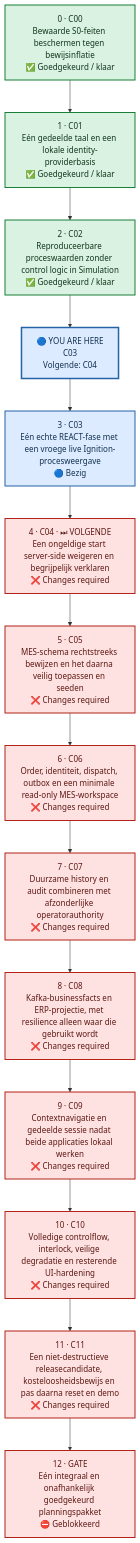
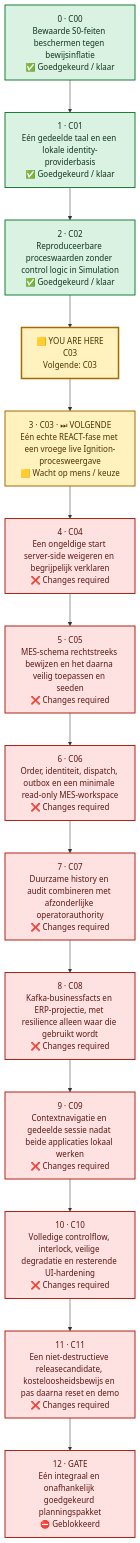
One commit to Jandesch91/n1-bioforge-requirements-cockpit changed the second of 2 diagrams in README.md. Above: the diagram before and after it, drawn with Mermaid. The commit also changed other lines of this file and 4 other files, not shown here.

````diff
--- a/README.md
+++ b/README.md
@@ -50,41 +50,41 @@
 ```mermaid
 %%{init: {"flowchart": {"curve": "linear", "nodeSpacing": 55, "rankSpacing": 65, "htmlLabels": true}}}%%
 flowchart TB
     %% One vertical lane: order is explicit and no dependency arrows cross.
     chunk_0["0 · C00<br/>Bewaarde S0-feiten beschermen tegen bewijsinflatie<br/>✅ Goedgekeurd / klaar"]
     chunk_1["1 · C01<br/>Eén gedeelde taal en een lokale identity-providerbasis<br/>✅ Goedgekeurd / klaar"]
     chunk_2["2 · C02<br/>Reproduceerbare proceswaarden zonder control logic in Simulation<br/>✅ Goedgekeurd / klaar"]
-    chunk_3["3 · C03<br/>Eén echte REACT-fase met een vroege live Ignition-procesweergave<br/>🔵 Bezig"]
-    chunk_4["4 · C04 · ⏭ VOLGENDE<br/>Een ongeldige start server-side weigeren en begrijpelijk verklaren<br/>❌ Changes required"]
+    chunk_3["3 · C03 · ⏭ VOLGENDE<br/>Eén echte REACT-fase met een vroege live Ignition-procesweergave<br/>🟨 Wacht op mens / keuze"]
+    chunk_4["4 · C04<br/>Een ongeldige start server-side weigeren en begrijpelijk verklaren<br/>❌ Changes required"]
     chunk_5["5 · C05<br/>MES-schema rechtstreeks bewijzen en het daarna veilig toepassen en seeden<br/>❌ Changes required"]
     chunk_6["6 · C06<br/>Order, identiteit, dispatch, outbox en een minimale read-only MES-workspace<br/>❌ Changes required"]
     chunk_7["7 · C07<br/>Duurzame history en audit combineren met afzonderlijke operatorauthority<br/>❌ Changes required"]
     chunk_8["8 · C08<br/>Kafka-businessfacts en ERP-projectie, met resilience alleen waar die gebruikt wordt<br/>❌ Changes required"]
     chunk_9["9 · C09<br/>Contextnavigatie en gedeelde sessie nadat beide applicaties lokaal werken<br/>❌ Changes required"]
     chunk_10["10 · C10<br/>Volledige controlflow, interlock, veilige degradatie en resterende UI-hardening<br/>❌ Changes required"]
     chunk_11["11 · C11<br/>Een niet-destructieve releasecandidate, kosteloosheidsbewijs en pas daarna reset en demo<br/>❌ Changes required"]
     chunk_12["12 · GATE<br/>Eén integraal en onafhankelijk goedgekeurd planningspakket<br/>⛔ Geblokkeerd"]
-    current_marker["🔵 YOU ARE HERE<br/>C03<br/>Volgende: C04"]
+    current_marker["🟨 YOU ARE HERE<br/>C03<br/>Volgende: C03"]
     chunk_0 --> chunk_1 --> chunk_2 --> current_marker --> chunk_3 --> chunk_4 --> chunk_5 --> chunk_6 --> chunk_7 --> chunk_8 --> chunk_9 --> chunk_10 --> chunk_11 --> chunk_12
     classDef approved fill:#D9F2E1,stroke:#1B7F3A,color:#12351D,stroke-width:2px
     classDef inprogress fill:#DCEBFF,stroke:#2463A6,color:#12304F,stroke-width:2px
     classDef human fill:#FFF2BF,stroke:#A66B00,color:#4D3300,stroke-width:2px
     classDef changes fill:#FDE2E1,stroke:#B42318,color:#5D1712,stroke-width:2px
     classDef blocked fill:#FDE2E1,stroke:#B42318,color:#5D1712,stroke-width:2px
     classDef notstarted fill:#F2F4F7,stroke:#667085,color:#344054,stroke-width:2px
-    classDef current fill:#DCEBFF,stroke:#2463A6,color:#12304F,stroke-width:3px
+    classDef current fill:#FFF2BF,stroke:#A66B00,color:#4D3300,stroke-width:3px
     class chunk_0 approved
     class chunk_1 approved
     class chunk_2 approved
-    class chunk_3 inprogress
+    class chunk_3 human
     class chunk_4 changes
     class chunk_5 changes
     class chunk_6 changes
     class chunk_7 changes
     class chunk_8 changes
     class chunk_9 changes
     class chunk_10 changes
     class chunk_11 changes
     class chunk_12 blocked
     class current_marker current
 ```
````
